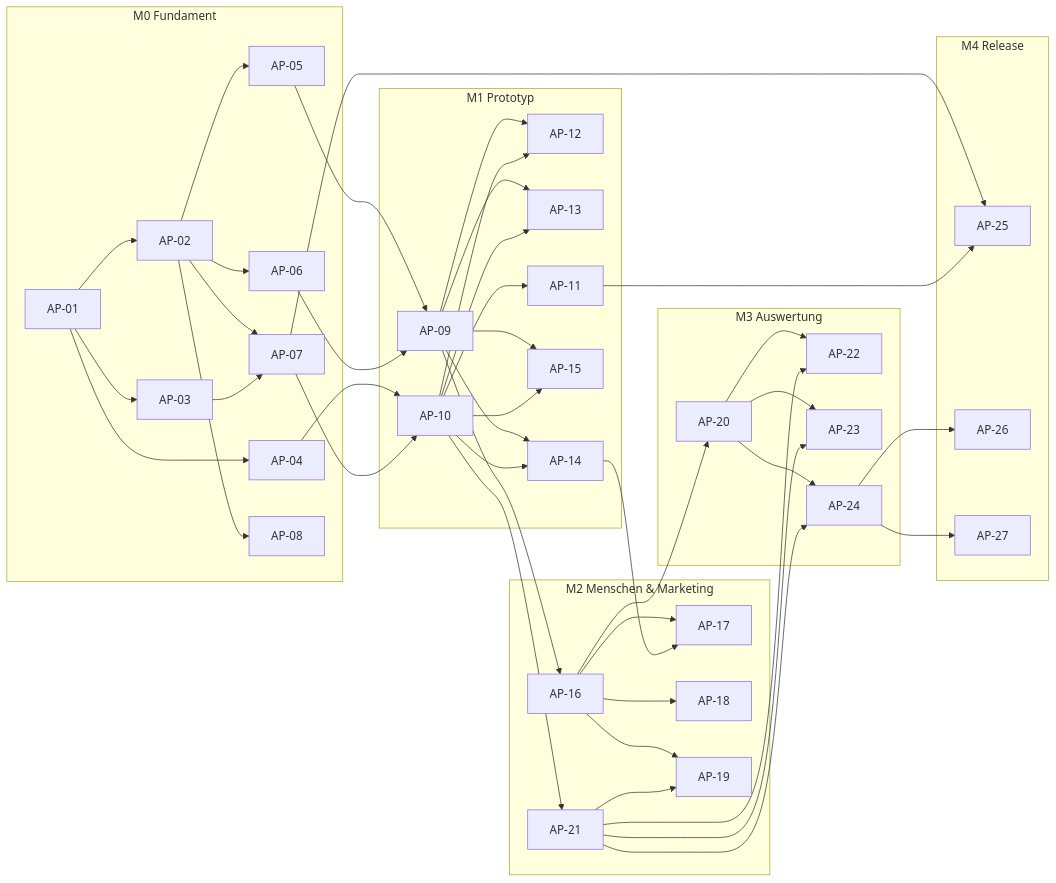
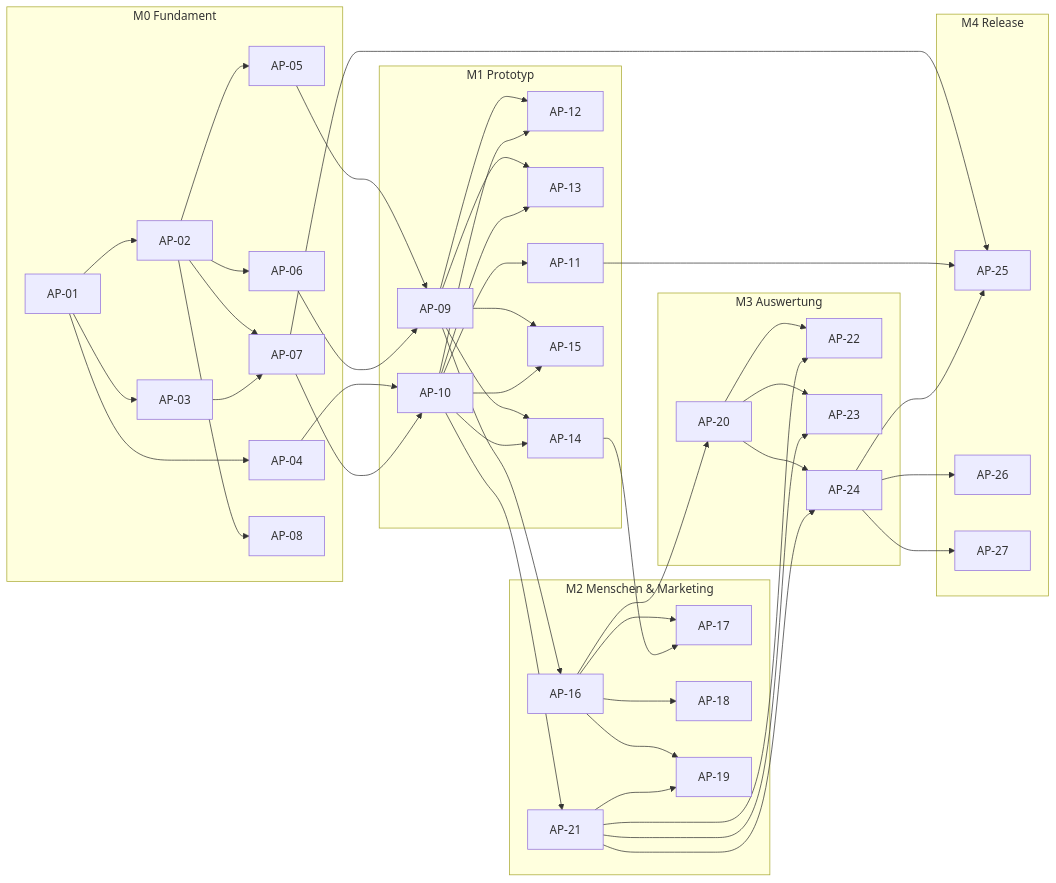
The third of 3 diagrams in docs/masterBuildPlan.md (CemDCoding/appManager), drawn with Mermaid before and after one commit. The commit also changed other lines of this file, not shown here.

````diff
--- a/docs/masterBuildPlan.md
+++ b/docs/masterBuildPlan.md
@@ -613,34 +555,34 @@
 ```mermaid
 flowchart LR
   subgraph M0["M0 Fundament"]
     AP01["AP-01"] --> AP02["AP-02"] & AP03["AP-03"] & AP04["AP-04"]
     AP02 --> AP05["AP-05"] & AP06["AP-06"] & AP07["AP-07"] & AP08["AP-08"]
     AP03 --> AP07
   end
   subgraph M1["M1 Prototyp"]
     AP09["AP-09"]
     AP10["AP-10"]
     AP09 & AP10 --> AP12["AP-12"] & AP13["AP-13"] & AP14["AP-14"] & AP15["AP-15"]
     AP10 --> AP11["AP-11"]
   end
   subgraph M2["M2 Menschen & Marketing"]
     AP16["AP-16"] --> AP17["AP-17"] & AP18["AP-18"] & AP19["AP-19"]
     AP21["AP-21"] --> AP19
   end
   subgraph M3["M3 Auswertung"]
     AP20["AP-20"] --> AP22["AP-22"] & AP23["AP-23"] & AP24["AP-24"]
   end
   AP21 --> AP22 & AP23 & AP24
   AP14 --> AP17
   subgraph M4["M4 Release"]
     AP25["AP-25"]
     AP26["AP-26"]
     AP27["AP-27"]
   end
   AP05 & AP06 --> AP09
   AP04 & AP07 --> AP10
   AP09 --> AP16 --> AP20
   AP10 --> AP21
   AP07 & AP11 --> AP25
-  AP24 --> AP26 & AP27
+  AP24 --> AP25 & AP26 & AP27
 ```
````
